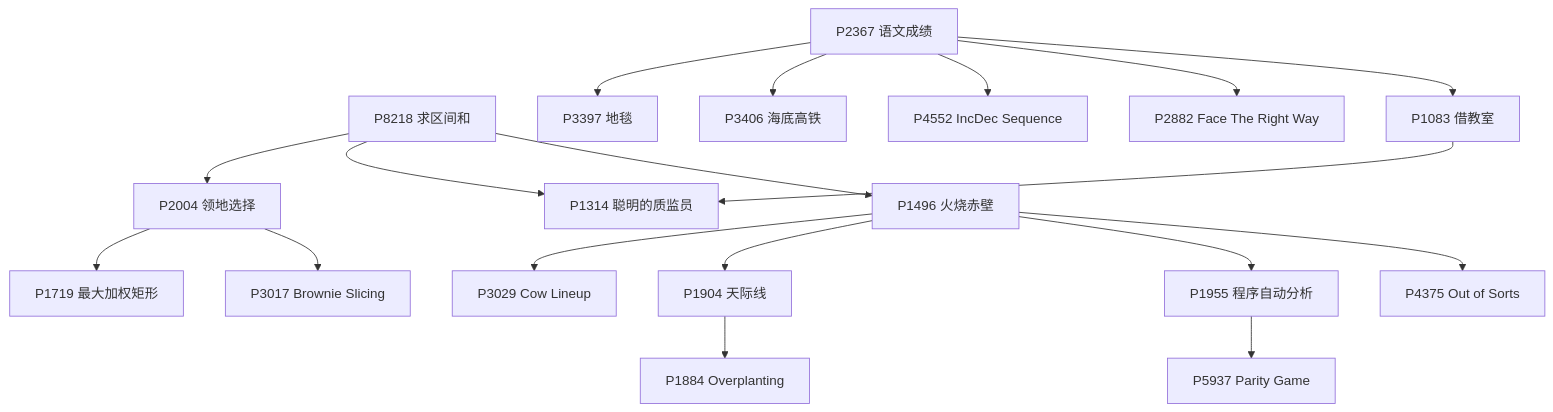
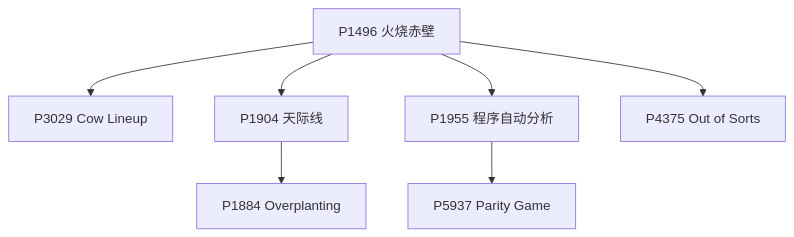
One commit to rainboyOJ/new_problem_solutions changed the third of 56 diagrams in problem-sets/luogu-official-advanced-training.md. Above: the diagram before and after it, drawn with Mermaid. The commit also changed other lines of this file and 3 other files, not shown here.

First line of the commit message:
fix(problem-sets): 前置关系图不再缩字——去孤立节点、按支线拆图、宽图横向滚动

````diff
--- a/problem-sets/luogu-official-advanced-training.md
+++ b/problem-sets/luogu-official-advanced-training.md
@@ -32,39 +72,17 @@
 ```mermaid
 flowchart TD
-  n8218["P8218 求区间和"]
-  n2367["P2367 语文成绩"]
-  n2004["P2004 领地选择"]
-  n1719["P1719 最大加权矩形"]
-  n3397["P3397 地毯"]
-  n3406["P3406 海底高铁"]
-  n4552["P4552 IncDec Sequence"]
-  n2882["P2882 Face The Right Way"]
-  n1083["P1083 借教室"]
-  n1314["P1314 聪明的质监员"]
-  n1496["P1496 火烧赤壁"]
-  n3029["P3029 Cow Lineup"]
-  n1904["P1904 天际线"]
-  n1884["P1884 Overplanting"]
-  n1955["P1955 程序自动分析"]
-  n5937["P5937 Parity Game"]
-  n3017["P3017 Brownie Slicing"]
-  n4375["P4375 Out of Sorts"]
+  nP1496["P1496 火烧赤壁"]
+  nP3029["P3029 Cow Lineup"]
+  nP1904["P1904 天际线"]
+  nP1884["P1884 Overplanting"]
+  nP1955["P1955 程序自动分析"]
+  nP5937["P5937 Parity Game"]
+  nP4375["P4375 Out of Sorts"]
 
-  n8218 --> n2004
-  n2004 --> n1719
-  n2004 --> n3017
-  n8218 --> n1314
-  n2367 --> n3397
-  n2367 --> n3406
-  n2367 --> n4552
-  n2367 --> n2882
-  n2367 --> n1083
-  n1083 --> n1314
-  n8218 --> n1496
-  n1496 --> n3029
-  n1496 --> n1904
-  n1904 --> n1884
-  n1496 --> n1955
-  n1955 --> n5937
-  n1496 --> n4375
+  nP1496 --> nP3029
+  nP1496 --> nP1904
+  nP1904 --> nP1884
+  nP1496 --> nP1955
+  nP1955 --> nP5937
+  nP1496 --> nP4375
 ```
````
